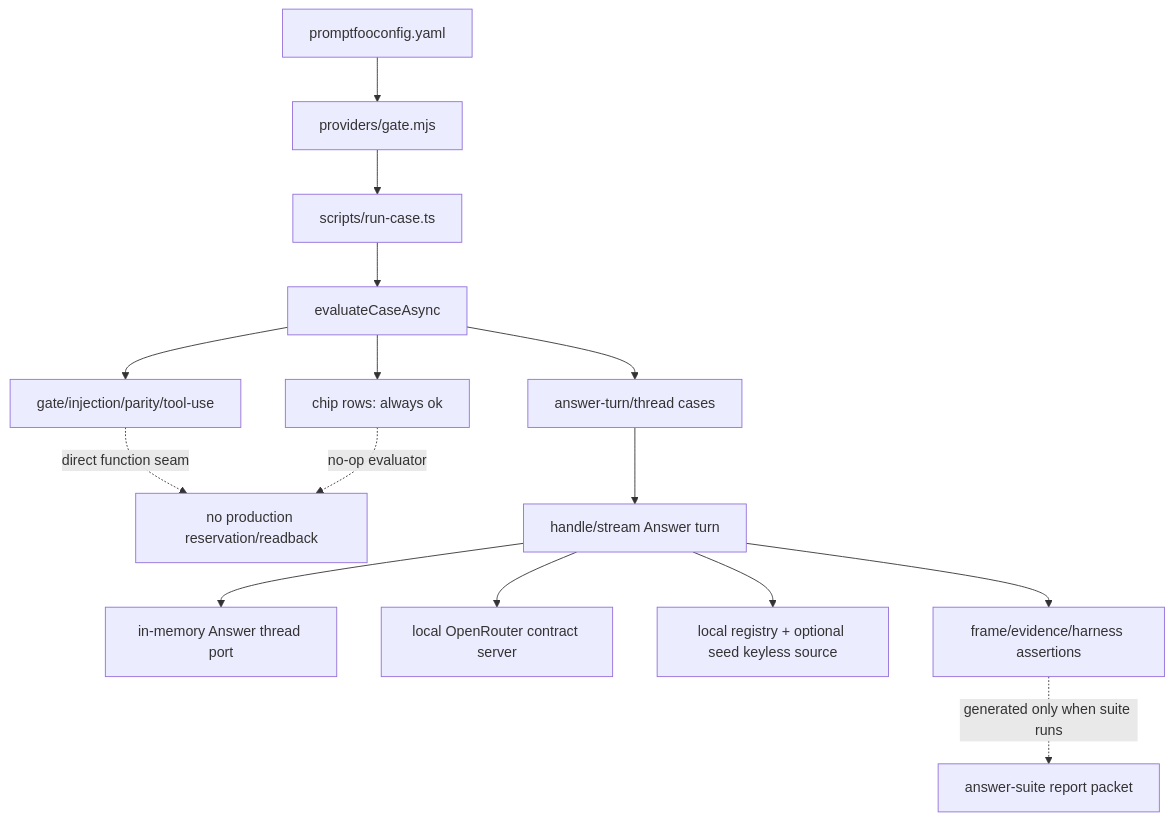
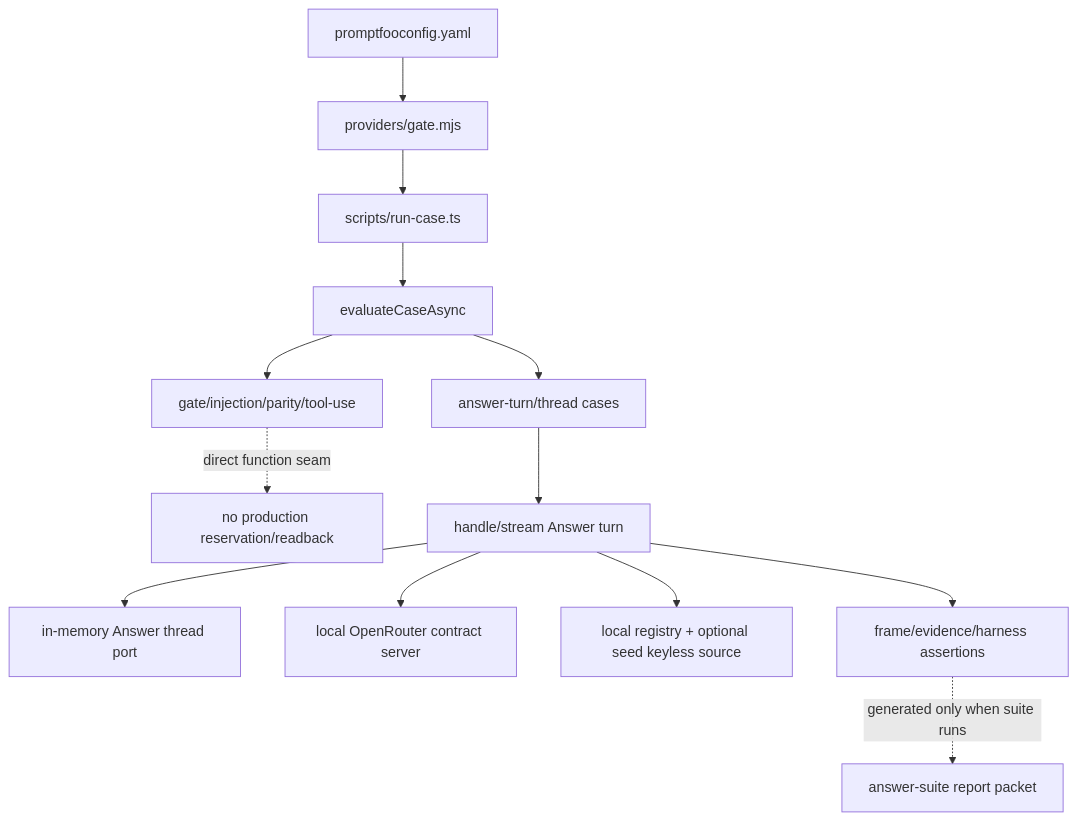
The second of 2 diagrams in .planning/codebase/PROMPT-DATA-FLOW.md (CreasyBear/Agentic-Economy), drawn with Mermaid before and after one commit. The commit also changed other lines of this file and 8 other files, not shown here.

````diff
--- a/.planning/codebase/PROMPT-DATA-FLOW.md
+++ b/.planning/codebase/PROMPT-DATA-FLOW.md
@@ -118,17 +118,15 @@
 ```mermaid
 flowchart TD
   PF[promptfooconfig.yaml] --> PR[providers/gate.mjs]
   PR --> RC[scripts/run-case.ts]
   RC --> EV[evaluateCaseAsync]
   EV --> PURE[gate/injection/parity/tool-use]
-  EV --> CHIP[chip rows: always ok]
   EV --> TURN[answer-turn/thread cases]
   PURE -. direct function seam .-> NO[no production reservation/readback]
-  CHIP -. no-op evaluator .-> NO
   TURN --> HR[handle/stream Answer turn]
   HR --> TP[in-memory Answer thread port]
   HR --> OR[local OpenRouter contract server]
   HR --> RG[local registry + optional seed keyless source]
   HR --> AS[frame/evidence/harness assertions]
   AS -. generated only when suite runs .-> PK[answer-suite report packet]
 ```
````
